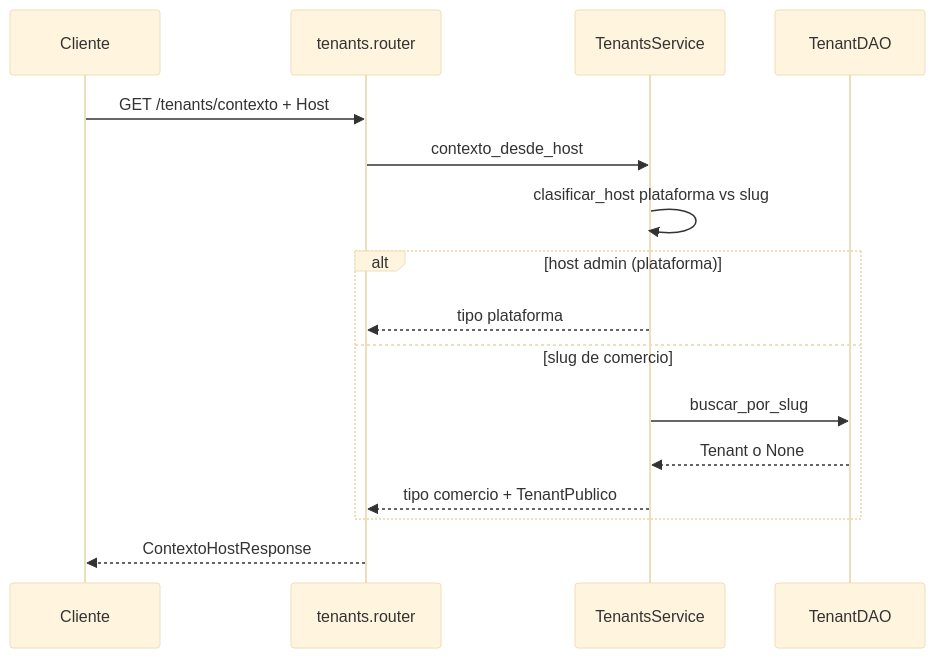
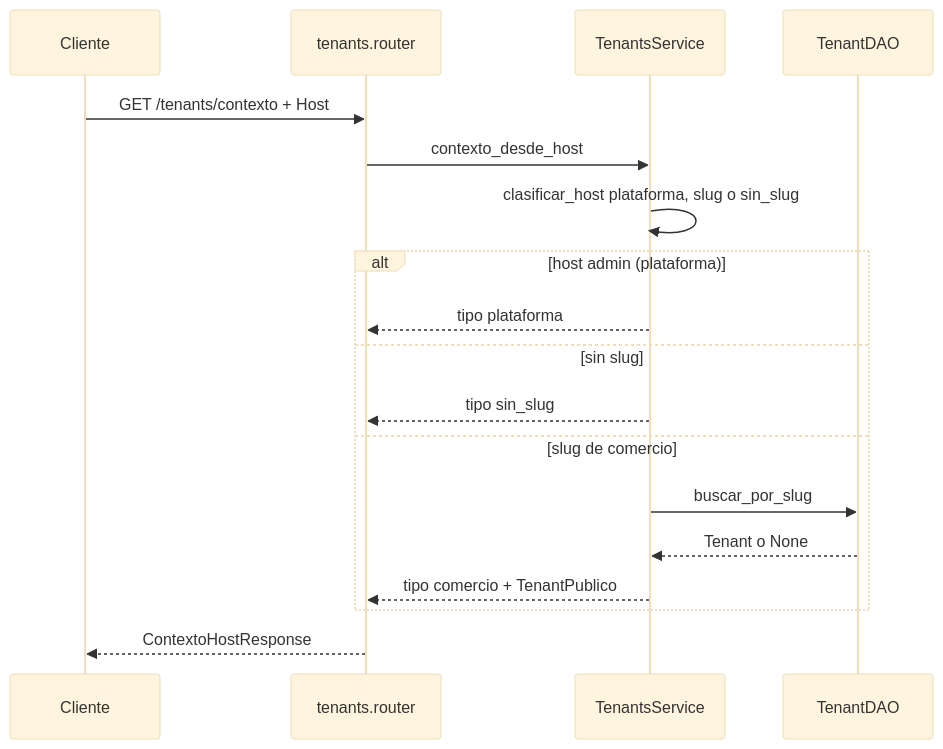
One commit to estsan3/ventas360-api changed the second of 2 diagrams in docs/diagramas/tenants.md. Above: the diagram before and after it, drawn with Mermaid (base theme). The commit also changed other lines of this file and 20 other files, not shown here.

First line of the commit message:
docs: diagramas de secuencia por módulo (sync 2026-09-19)

````diff
--- a/docs/diagramas/tenants.md
+++ b/docs/diagramas/tenants.md
@@ -33,19 +33,21 @@
 ```mermaid
 sequenceDiagram
     participant Cliente
     participant Router as tenants.router
     participant Service as TenantsService
     participant DAO as TenantDAO
 
     Cliente->>Router: GET /tenants/contexto + Host
     Router->>Service: contexto_desde_host
-    Service->>Service: clasificar_host plataforma vs slug
+    Service->>Service: clasificar_host plataforma, slug o sin_slug
     alt host admin (plataforma)
         Service-->>Router: tipo plataforma
+    else sin slug
+        Service-->>Router: tipo sin_slug
     else slug de comercio
         Service->>DAO: buscar_por_slug
         DAO-->>Service: Tenant o None
         Service-->>Router: tipo comercio + TenantPublico
     end
     Router-->>Cliente: ContextoHostResponse
 ```
````
